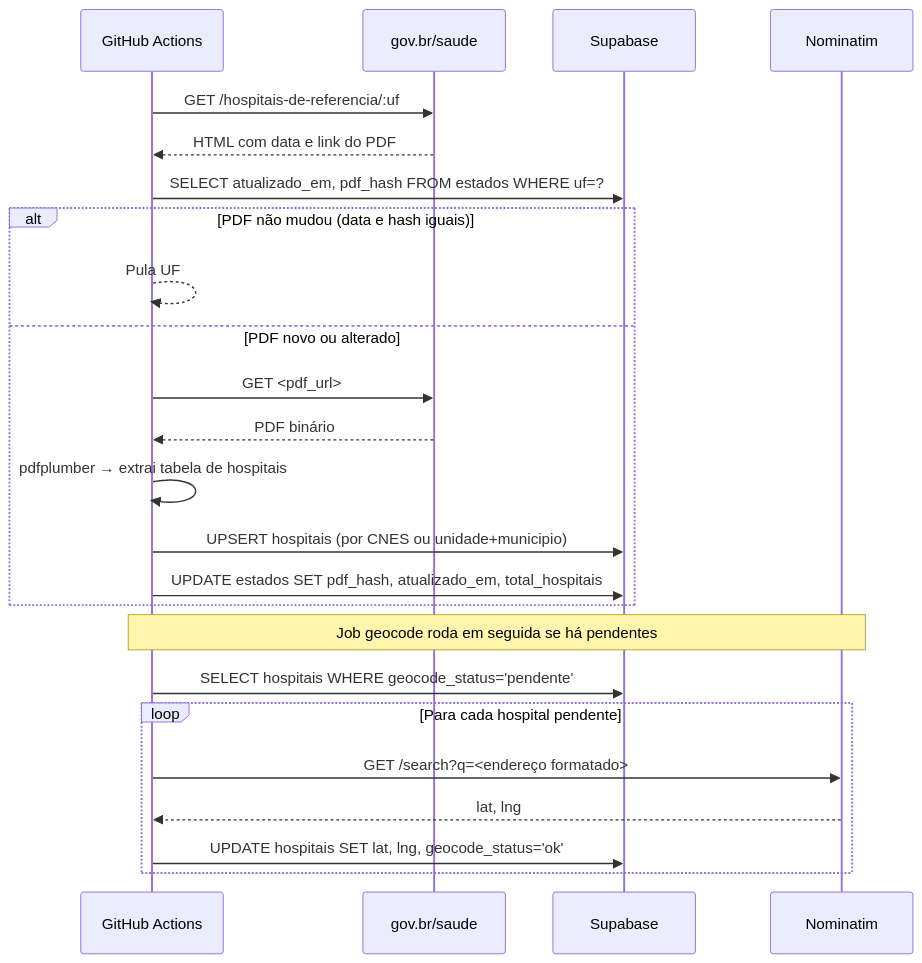
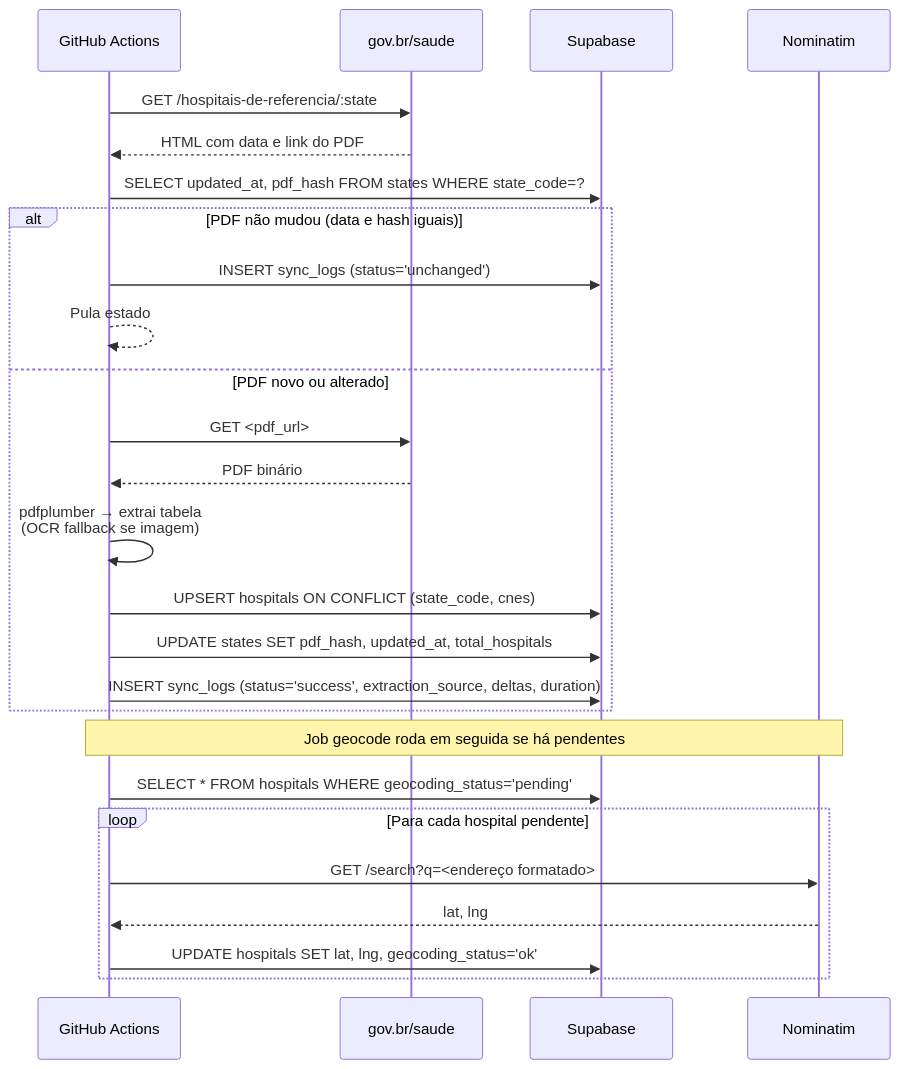
One commit to Codar-Sistemas/hospitais-referencia-api changed the second of 5 diagrams in README.md. Above: the diagram before and after it, drawn with Mermaid. The commit also changed other lines of this file, not shown here.

First line of the commit message:
docs: rewrite README to match current architecture

````diff
--- a/README.md
+++ b/README.md
@@ -82,30 +89,32 @@
 ```mermaid
 sequenceDiagram
     participant GHA as GitHub Actions
     participant GOV as gov.br/saude
     participant SB as Supabase
     participant NOM as Nominatim
 
-    GHA->>GOV: GET /hospitais-de-referencia/:uf
+    GHA->>GOV: GET /hospitais-de-referencia/:state
     GOV-->>GHA: HTML com data e link do PDF
 
-    GHA->>SB: SELECT atualizado_em, pdf_hash FROM estados WHERE uf=?
+    GHA->>SB: SELECT updated_at, pdf_hash FROM states WHERE state_code=?
 
     alt PDF não mudou (data e hash iguais)
-        GHA-->>GHA: Pula UF
+        GHA->>SB: INSERT sync_logs (status='unchanged')
+        GHA-->>GHA: Pula estado
     else PDF novo ou alterado
         GHA->>GOV: GET <pdf_url>
         GOV-->>GHA: PDF binário
-        GHA->>GHA: pdfplumber → extrai tabela de hospitais
-        GHA->>SB: UPSERT hospitais (por CNES ou unidade+municipio)
-        GHA->>SB: UPDATE estados SET pdf_hash, atualizado_em, total_hospitais
+        GHA->>GHA: pdfplumber → extrai tabela<br/>(OCR fallback se imagem)
+        GHA->>SB: UPSERT hospitals ON CONFLICT (state_code, cnes)
+        GHA->>SB: UPDATE states SET pdf_hash, updated_at, total_hospitals
+        GHA->>SB: INSERT sync_logs (status='success', extraction_source, deltas, duration)
     end
 
     Note over GHA,NOM: Job geocode roda em seguida se há pendentes
-    GHA->>SB: SELECT hospitais WHERE geocode_status='pendente'
+    GHA->>SB: SELECT * FROM hospitals WHERE geocoding_status='pending'
     loop Para cada hospital pendente
         GHA->>NOM: GET /search?q=<endereço formatado>
         NOM-->>GHA: lat, lng
-        GHA->>SB: UPDATE hospitais SET lat, lng, geocode_status='ok'
+        GHA->>SB: UPDATE hospitals SET lat, lng, geocoding_status='ok'
     end
 ```
````
